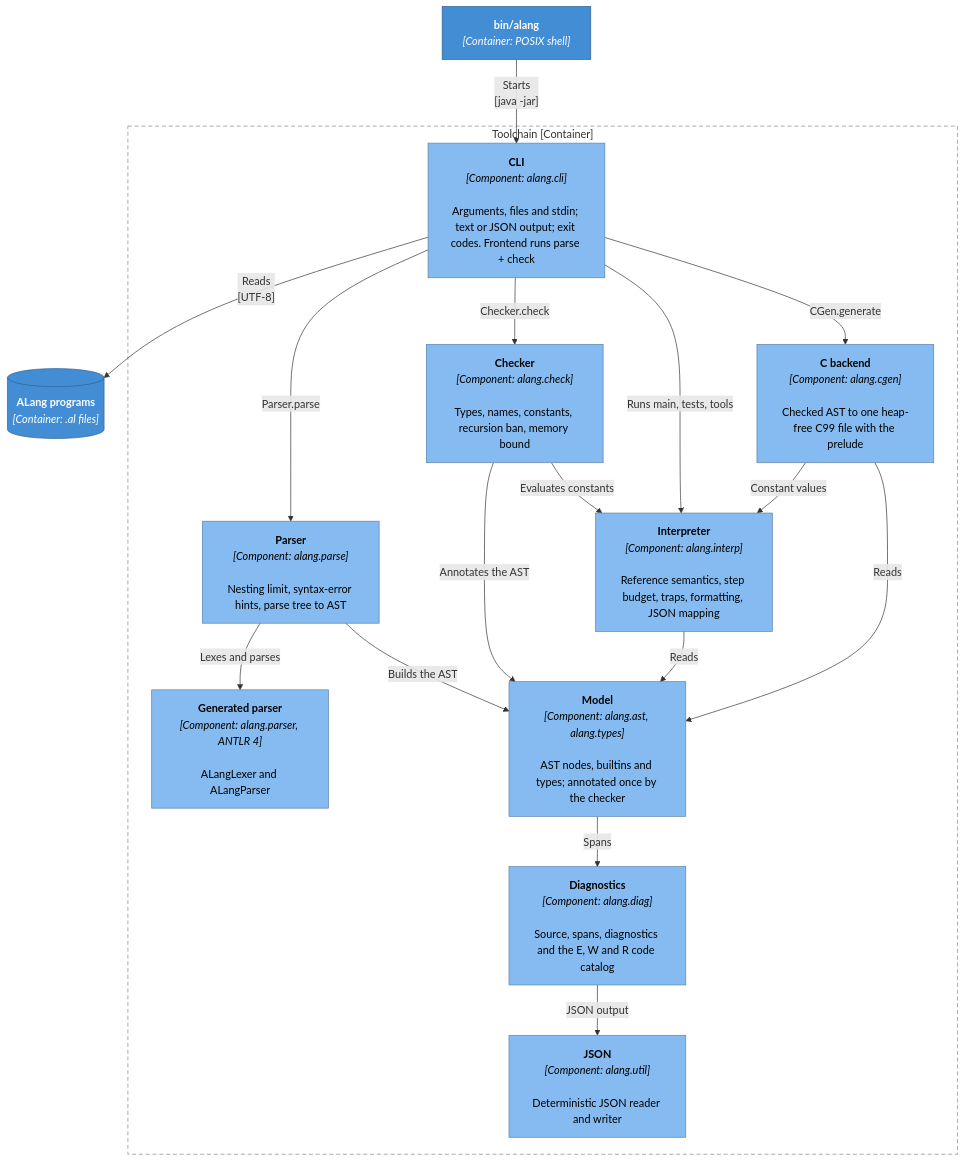
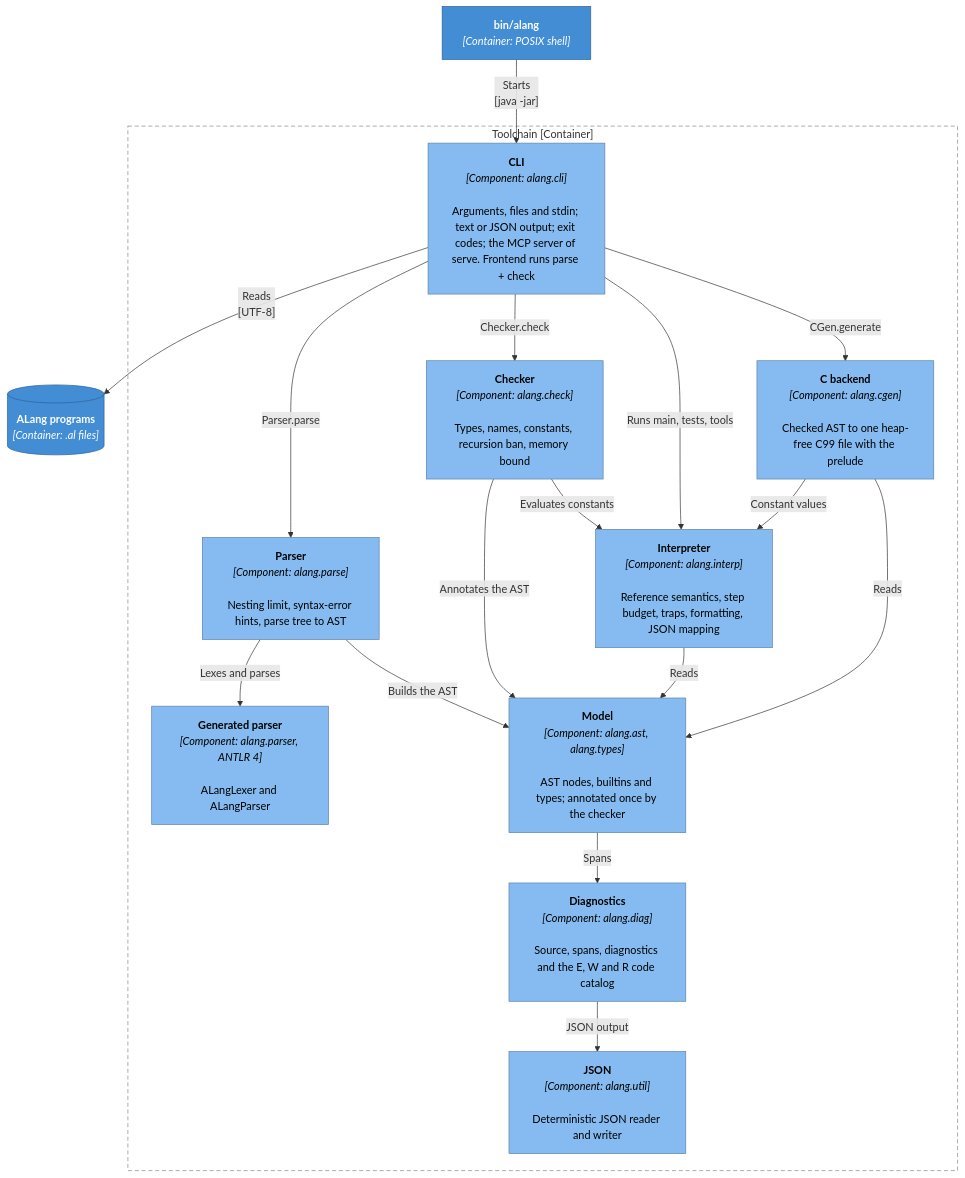
The third of 4 diagrams in docs/ARCHITECTURE.md (adamw7/alang), drawn with Mermaid before and after one commit. The commit also changed other lines of this file and 8 other files, not shown here.

First line of the commit message:
Serve a program's tools over MCP with `alang serve`

````diff
--- a/docs/ARCHITECTURE.md
+++ b/docs/ARCHITECTURE.md
@@ -93,39 +93,39 @@
 ```mermaid
 flowchart TB
     launcher["<b>bin/alang</b><br/><i>[Container: POSIX shell]</i>"]
     programs[("<b>ALang programs</b><br/><i>[Container: .al files]</i>")]
 
     subgraph jar ["Toolchain [Container]"]
-        cli["<b>CLI</b><br/><i>[Component: alang.cli]</i><br/><br/>Arguments, files and stdin; text or JSON output; exit codes. Frontend runs parse + check"]
+        cli["<b>CLI</b><br/><i>[Component: alang.cli]</i><br/><br/>Arguments, files and stdin; text or JSON output; exit codes; the MCP server of serve. Frontend runs parse + check"]
         parse["<b>Parser</b><br/><i>[Component: alang.parse]</i><br/><br/>Nesting limit, syntax-error hints, parse tree to AST"]
         check["<b>Checker</b><br/><i>[Component: alang.check]</i><br/><br/>Types, names, constants, recursion ban, memory bound"]
         interp["<b>Interpreter</b><br/><i>[Component: alang.interp]</i><br/><br/>Reference semantics, step budget, traps, formatting, JSON mapping"]
         cgen["<b>C backend</b><br/><i>[Component: alang.cgen]</i><br/><br/>Checked AST to one heap-free C99 file with the prelude"]
         gen["<b>Generated parser</b><br/><i>[Component: alang.parser, ANTLR 4]</i><br/><br/>ALangLexer and ALangParser"]
         model["<b>Model</b><br/><i>[Component: alang.ast, alang.types]</i><br/><br/>AST nodes, builtins and types; annotated once by the checker"]
         diag["<b>Diagnostics</b><br/><i>[Component: alang.diag]</i><br/><br/>Source, spans, diagnostics and the E, W and R code catalog"]
         util["<b>JSON</b><br/><i>[Component: alang.util]</i><br/><br/>Deterministic JSON reader and writer"]
     end
 
     launcher -- "Starts<br/>[java -jar]" --> cli
     cli -- "Reads<br/>[UTF-8]" --> programs
     cli -- "Parser.parse" --> parse
     cli -- "Checker.check" --> check
     cli -- "Runs main, tests, tools" --> interp
     cli -- "CGen.generate" --> cgen
     parse -- "Lexes and parses" --> gen
     parse -- "Builds the AST" --> model
     check -- "Annotates the AST" --> model
     check -- "Evaluates constants" --> interp
     cgen -- "Constant values" --> interp
     cgen -- "Reads" --> model
     interp -- "Reads" --> model
     model -- "Spans" --> diag
     diag -- "JSON output" --> util
 
     classDef container fill:#438dd5,stroke:#2e6295,color:#fff
     classDef component fill:#85bbf0,stroke:#5d82a8,color:#000
     class launcher,programs container
     class cli,parse,check,interp,cgen,gen,model,diag,util component
     style jar fill:none,stroke:#888,stroke-dasharray:6 4
 ```
````
